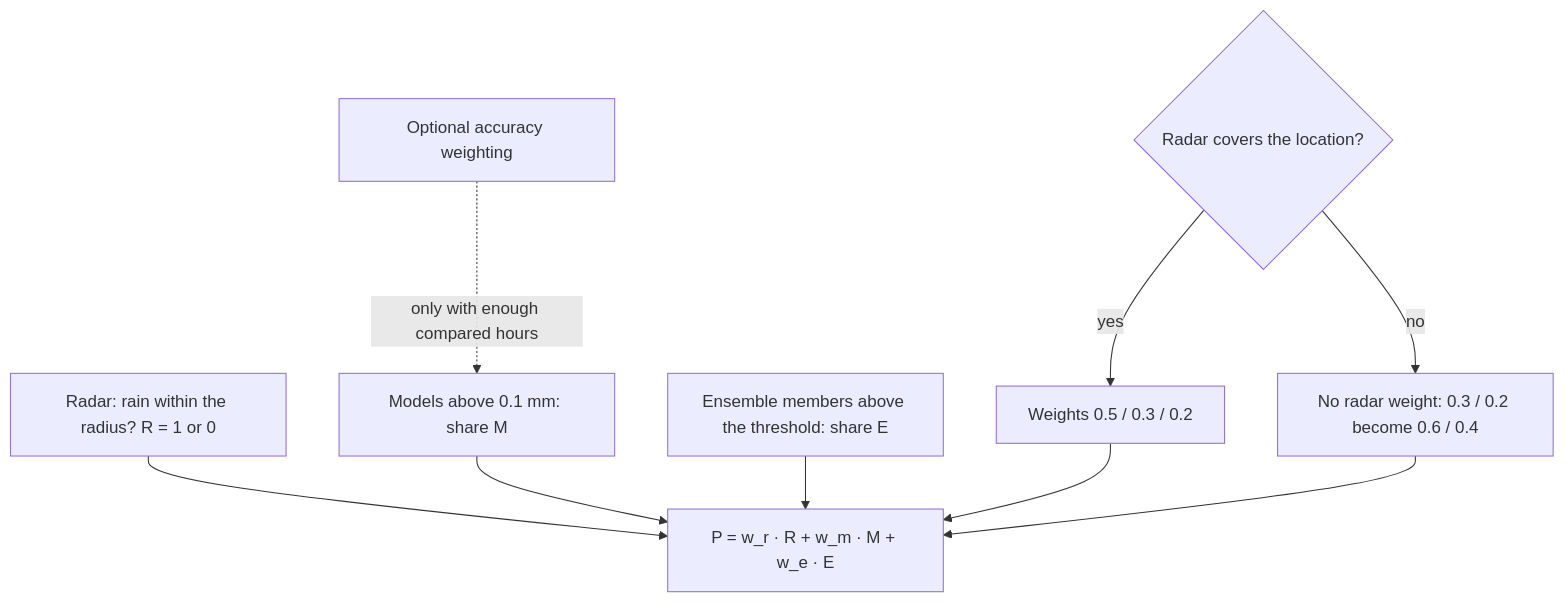
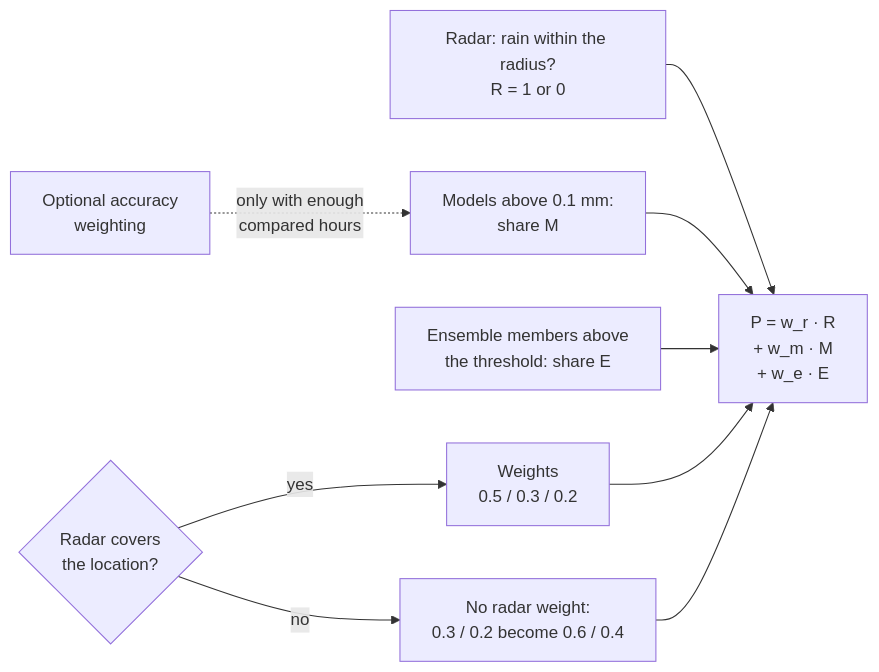
The second of 3 diagrams in docs/ARCHITECTURE.md (divemorb/weather-app), drawn with Mermaid before and after one commit. The commit also changed other lines of this file, not shown here.

First line of the commit message:
docs: architecture diagrams easier to read

````diff
--- a/docs/ARCHITECTURE.md
+++ b/docs/ARCHITECTURE.md
@@ -49,19 +47,19 @@
 ```mermaid
-flowchart TD
-    radar["Radar: rain within the radius? R = 1 or 0"]
-    models["Models above 0.1 mm: share M"]
-    ensemble["Ensemble members above the threshold: share E"]
-    coverage{"Radar covers the location?"}
-    full["Weights 0.5 / 0.3 / 0.2"]
-    noradar["No radar weight: 0.3 / 0.2 become 0.6 / 0.4"]
-    sum["P = w_r · R + w_m · M + w_e · E"]
-    accuracy["Optional accuracy weighting"]
+flowchart LR
+    radar["Radar: rain within the radius?<br>R = 1 or 0"]
+    accuracy["Optional accuracy<br>weighting"]
+    models["Models above 0.1 mm:<br>share M"]
+    ensemble["Ensemble members above<br>the threshold: share E"]
+    coverage{"Radar covers<br>the location?"}
+    full["Weights<br>0.5 / 0.3 / 0.2"]
+    noradar["No radar weight:<br>0.3 / 0.2 become 0.6 / 0.4"]
+    sum["P = w_r · R<br>+ w_m · M<br>+ w_e · E"]
+    accuracy -.->|only with enough<br>compared hours| models
     coverage -->|yes| full
     coverage -->|no| noradar
     radar --> sum
     models --> sum
     ensemble --> sum
     full --> sum
     noradar --> sum
-    accuracy -.->|only with enough compared hours| models
 ```
````
